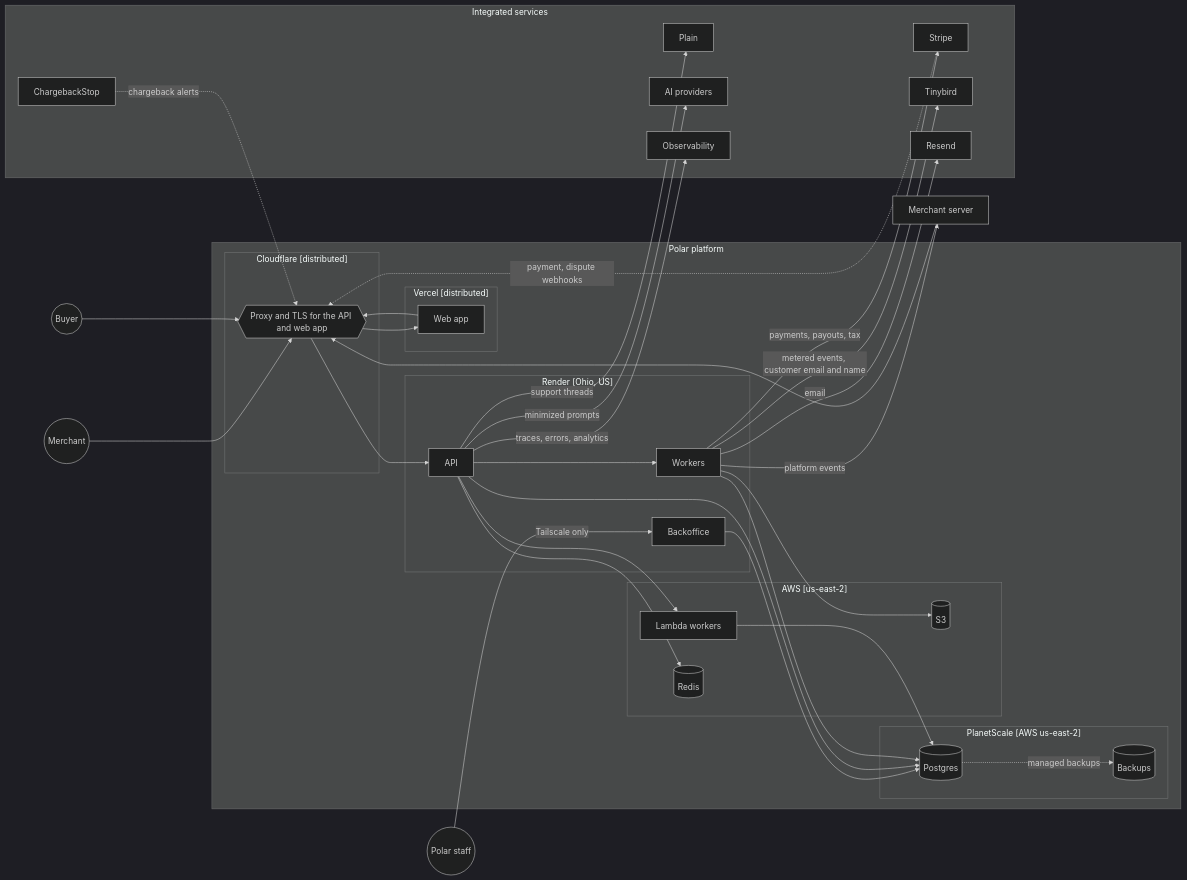
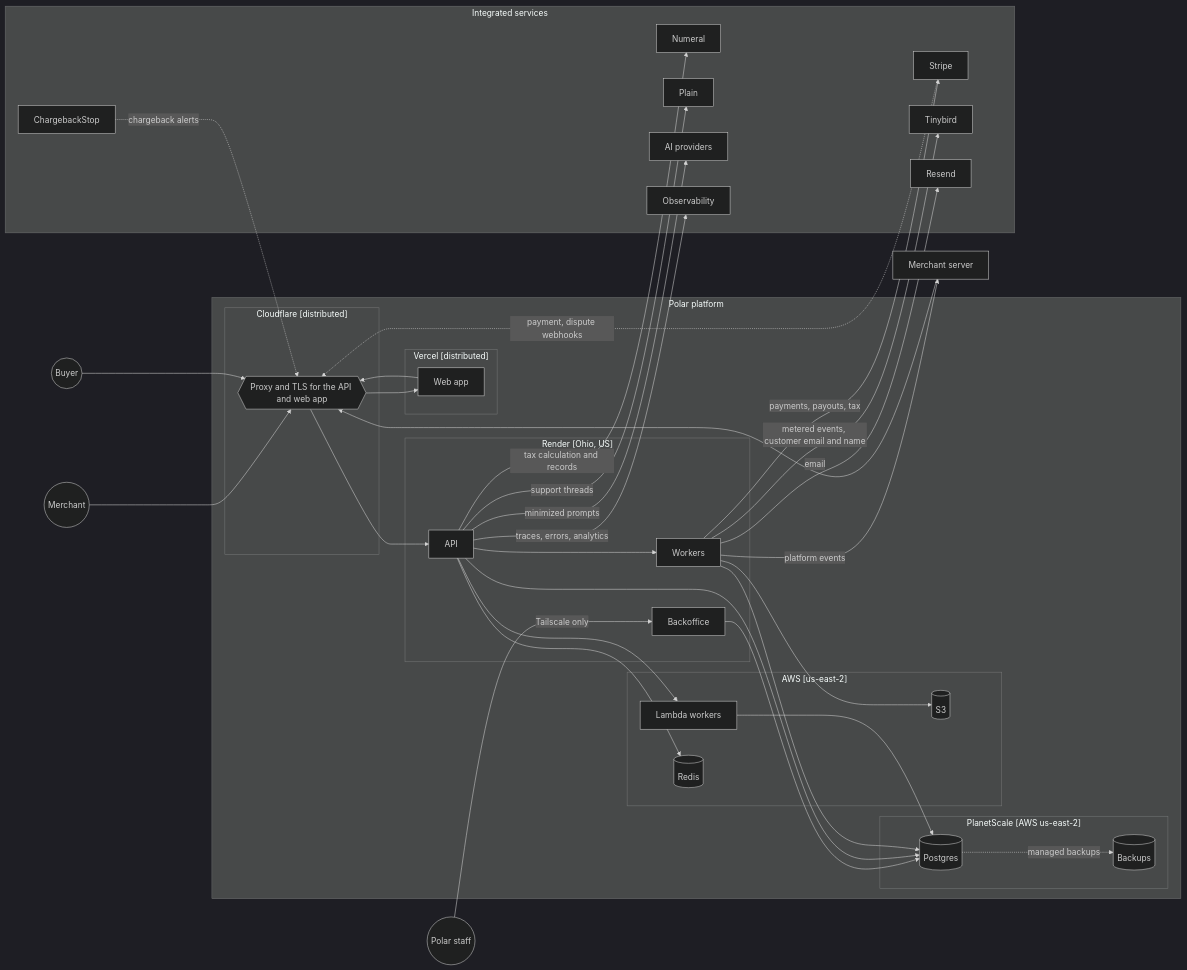
The first of 3 diagrams in handbook/engineering/data-flows.mdx (polarsource/polar), drawn with Mermaid (dark theme) before and after one commit. The commit also changed other lines of this file and 1 other file, not shown here.

Commit message:
docs: Update handbook with Numeral

````diff
--- a/handbook/engineering/data-flows.mdx
+++ b/handbook/engineering/data-flows.mdx
@@ -14,73 +14,75 @@
 ```mermaid
 flowchart LR
     M((Merchant))
     B((Buyer))
     MS[Merchant server]
     STAFF((Polar staff))
 
     subgraph Polar["Polar platform"]
         subgraph CFG["Cloudflare [distributed]"]
             CF{{"Proxy and TLS for the API and web app"}}
         end
 
         subgraph Vercel["Vercel [distributed]"]
             WEB[Web app]
         end
 
         subgraph Render["Render [Ohio, US]"]
             BE[API]
             WORK[Workers]
             BO[Backoffice]
         end
 
         subgraph PS["PlanetScale [AWS us-east-2]"]
             PG[(Postgres)]
             BK[(Backups)]
         end
 
         subgraph AWS["AWS [us-east-2]"]
             LAM[Lambda workers]
             RDS[(Redis)]
             S3[(S3)]
         end
     end
 
     subgraph TP["Integrated services"]
         ST[Stripe]
+        NUM[Numeral]
         TB[Tinybird]
         RES[Resend]
         PL[Plain]
         AI[AI providers]
         OBS[Observability]
         CBS[ChargebackStop]
     end
 
     M --> CF
     B --> CF
     MS --> CF
     CF --> WEB
     WEB --> CF
     CF --> BE
     STAFF -->|Tailscale only| BO
     BO --> PG
 
     BE --> PG
     BE --> RDS
     BE --> WORK
     BE --> LAM
     WORK --> PG
     WORK --> S3
     LAM --> PG
     PG -.->|managed backups| BK
 
     BE -->|minimized prompts| AI
     BE -->|support threads| PL
     BE -->|traces, errors, analytics| OBS
     WORK -->|payments, payouts, tax| ST
+    BE -->|tax calculation and records| NUM
     WORK -->|metered events, customer email and name| TB
     WORK -->|email| RES
     WORK -->|platform events| MS
 
     ST -.->|payment, dispute webhooks| CF
     CBS -.->|chargeback alerts| CF
 ```
````
